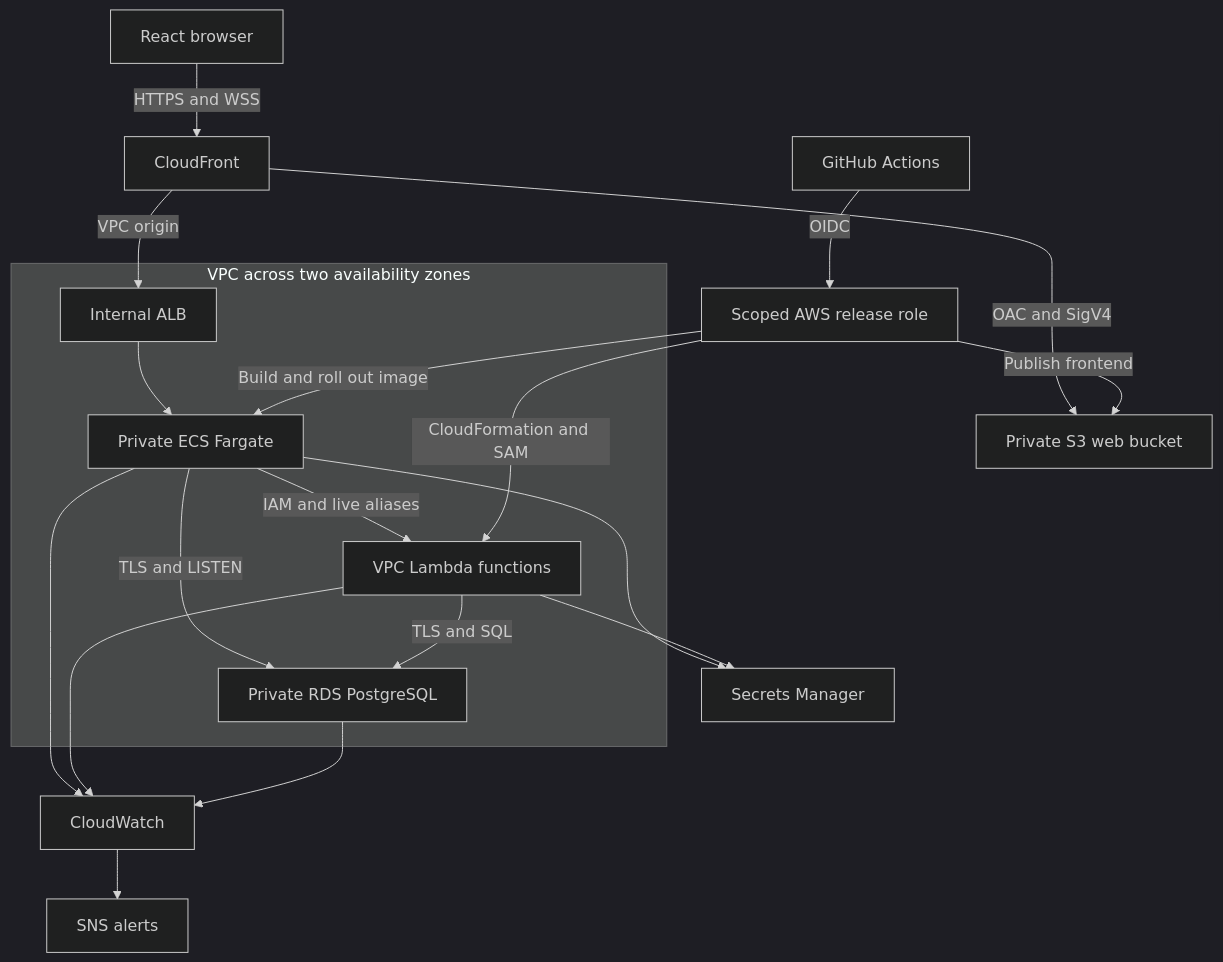
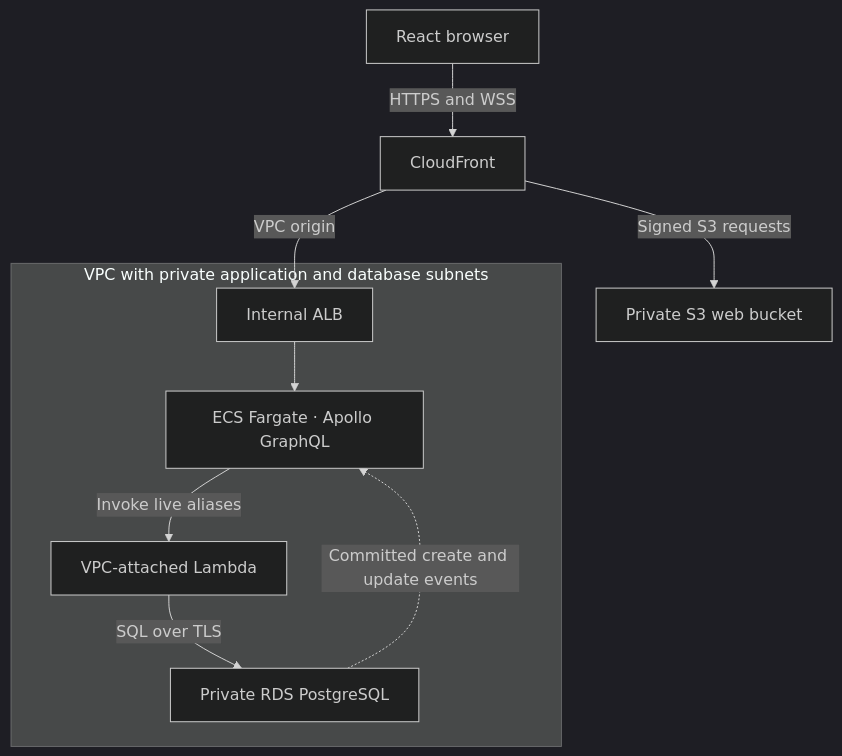
One commit to deva-tech16/graphql-serverless-platform changed the diagram in docs/architecture.md. Above: the diagram before and after it, drawn with Mermaid (dark theme). The commit also changed other lines of this file and 2 other files, not shown here.

Commit message:
final changes in docs

````diff
--- a/docs/architecture.md
+++ b/docs/architecture.md
@@ -3,22 +7,12 @@
 ```mermaid
 flowchart TD
     Browser["React browser"] -->|"HTTPS and WSS"| CDN["CloudFront"]
-    CDN -->|"OAC and SigV4"| Web["Private S3 web bucket"]
+    CDN -->|"Signed S3 requests"| Web["Private S3 web bucket"]
     CDN -->|"VPC origin"| ALB["Internal ALB"]
-    subgraph VPC["VPC across two availability zones"]
-        ALB --> ECS["Private ECS Fargate"]
-        ECS -->|"TLS and LISTEN"| DB["Private RDS PostgreSQL"]
-        Lambda["VPC Lambda functions"] -->|"TLS and SQL"| DB
+    subgraph VPC["VPC with private application and database subnets"]
+        ALB --> ECS["ECS Fargate · Apollo GraphQL"]
+        ECS -->|"Invoke live aliases"| Lambda["VPC-attached Lambda"]
+        Lambda -->|"SQL over TLS"| DB["Private RDS PostgreSQL"]
+        DB -.->|"Committed create and update events"| ECS
     end
-    ECS -->|"IAM and live aliases"| Lambda
-    ECS --> Secrets["Secrets Manager"]
-    Lambda --> Secrets
-    ECS --> Logs["CloudWatch"]
-    Lambda --> Logs
-    DB --> Logs
-    Logs --> SNS["SNS alerts"]
-    GitHub["GitHub Actions"] -->|"OIDC"| IAM["Scoped AWS release role"]
-    IAM -->|"Build and roll out image"| ECS
-    IAM -->|"CloudFormation and SAM"| Lambda
-    IAM -->|"Publish frontend"| Web
 ```
````
